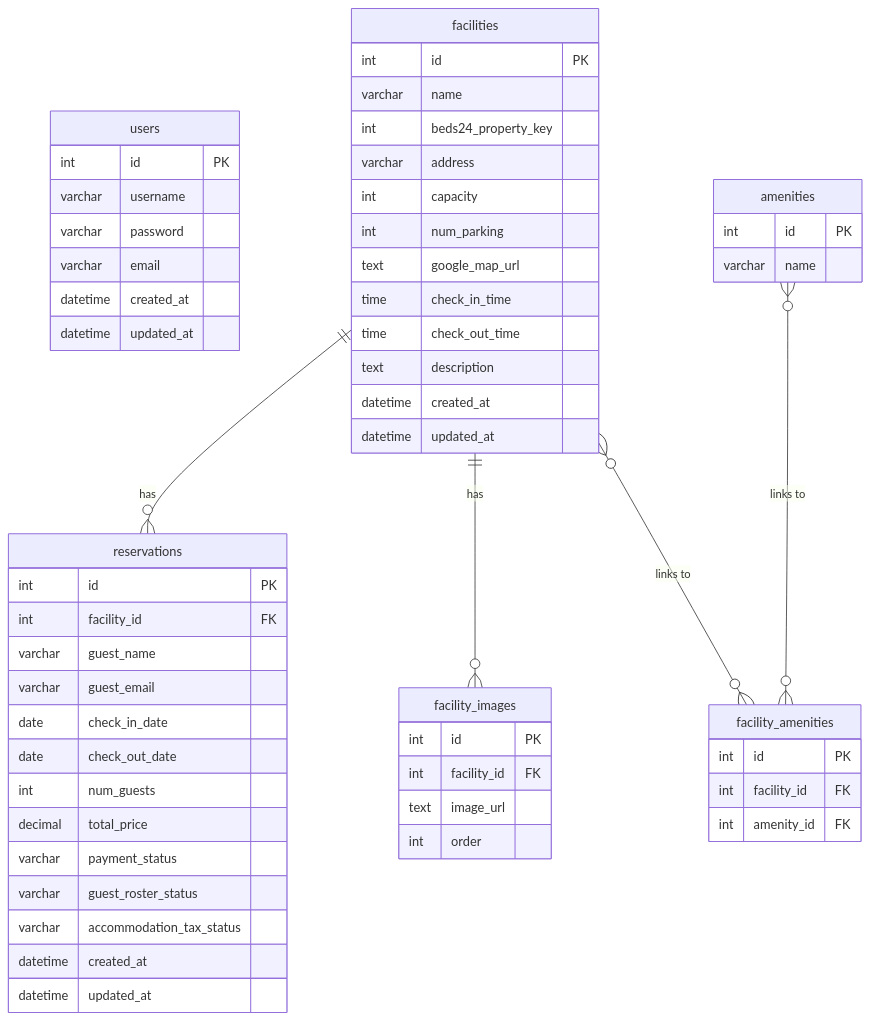
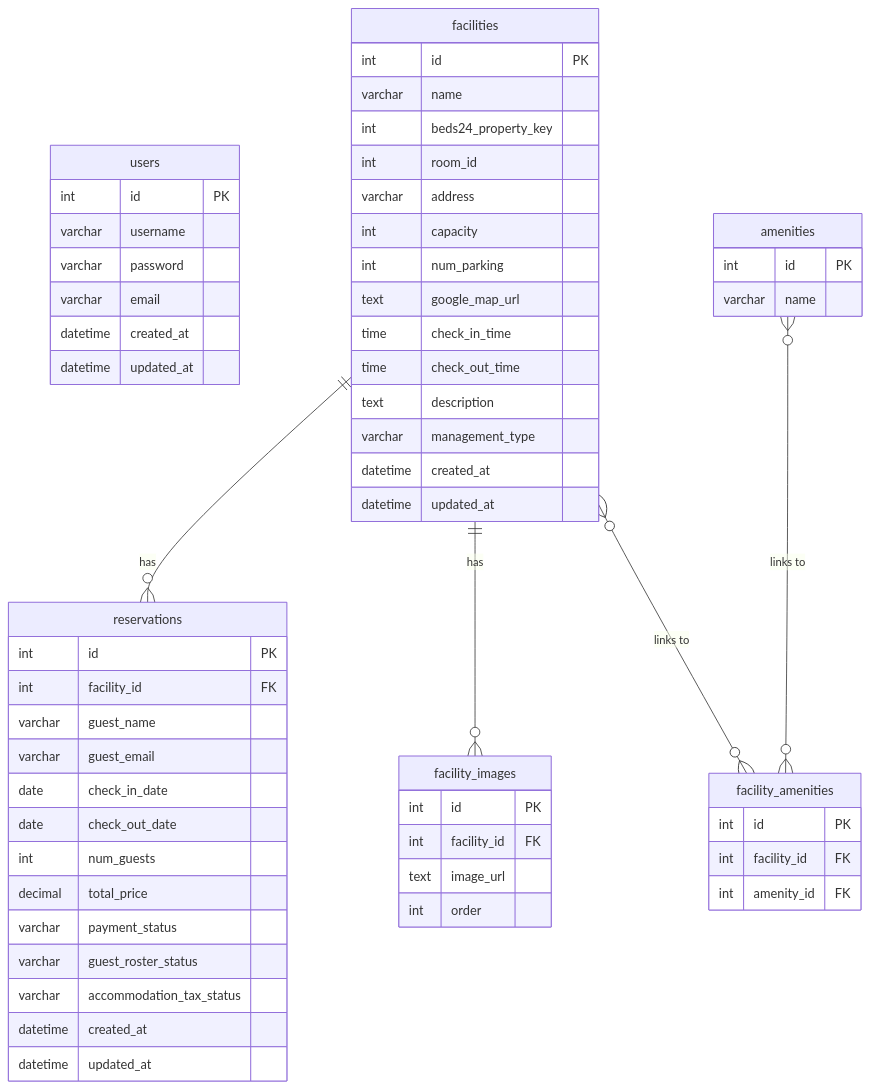
One commit to wisteria0793/scorpion changed the diagram in docs/database_design.md. Above: the diagram before and after it, drawn with Mermaid. The commit also changed other lines of this file and 5 other files, not shown here.

Commit message:
change diagrams

````diff
--- a/docs/database_design.md
+++ b/docs/database_design.md
@@ -57,60 +59,62 @@
 ```mermaid
 erDiagram
     users {
         int id PK
         varchar username
         varchar password
         varchar email
         datetime created_at
         datetime updated_at
     }
     facilities {
         int id PK
         varchar name
         int beds24_property_key
+        int room_id
         varchar address
         int capacity
         int num_parking
         text google_map_url
         time check_in_time
         time check_out_time
         text description
+        varchar management_type
         datetime created_at
         datetime updated_at
     }
     reservations {
         int id PK
         int facility_id FK
         varchar guest_name
         varchar guest_email
         date check_in_date
         date check_out_date
         int num_guests
         decimal total_price
         varchar payment_status
         varchar guest_roster_status
         varchar accommodation_tax_status
         datetime created_at
         datetime updated_at
     }
     amenities {
         int id PK
         varchar name
     }
     facility_images {
         int id PK
         int facility_id FK
         text image_url
         int order
     }
     facility_amenities {
         int id PK
         int facility_id FK
         int amenity_id FK
     }
 
     facilities ||--o{ reservations : "has"
     facilities ||--o{ facility_images : "has"
     facilities }o--o{ facility_amenities : "links to"
     amenities }o--o{ facility_amenities : "links to"
 ```
````
